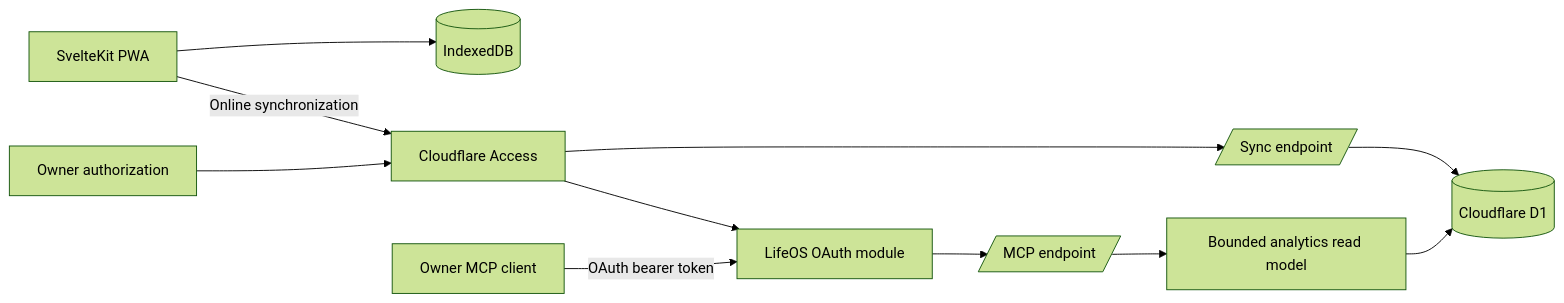
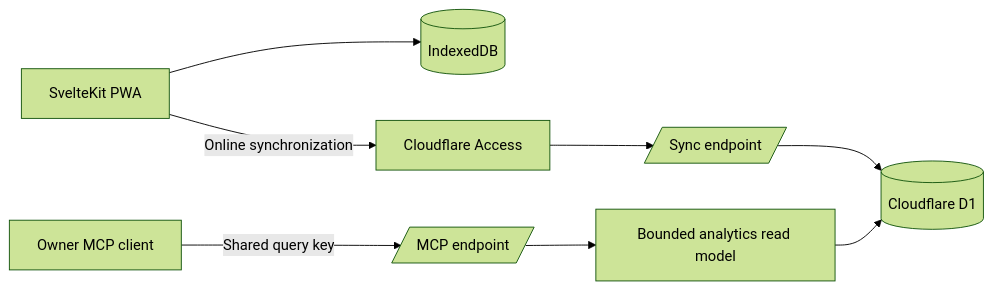
The diagram in README.md (devwaseem/lifeos), drawn with Mermaid (forest theme) before and after one commit. The commit also changed other lines of this file and 16 other files, not shown here.

Commit message:
refactor: use shared-key MCP authentication

````diff
--- a/README.md
+++ b/README.md
@@ -22,13 +22,10 @@
 ```mermaid
 flowchart LR
     UI[SvelteKit PWA] --> IDB[(IndexedDB)]
     UI -->|Online synchronization| Access[Cloudflare Access]
-    Browser[Owner authorization] --> Access
-    Access --> OAuth[LifeOS OAuth module]
-    Client[Owner MCP client] -->|OAuth bearer token| OAuth
     Access --> Sync[/Sync endpoint/]
-    OAuth --> MCP[/MCP endpoint/]
+    Client[Owner MCP client] -->|Shared query key| MCP[/MCP endpoint/]
     Sync --> D1[(Cloudflare D1)]
     MCP --> ReadModel[Bounded analytics read model]
     ReadModel --> D1
 ```
````
